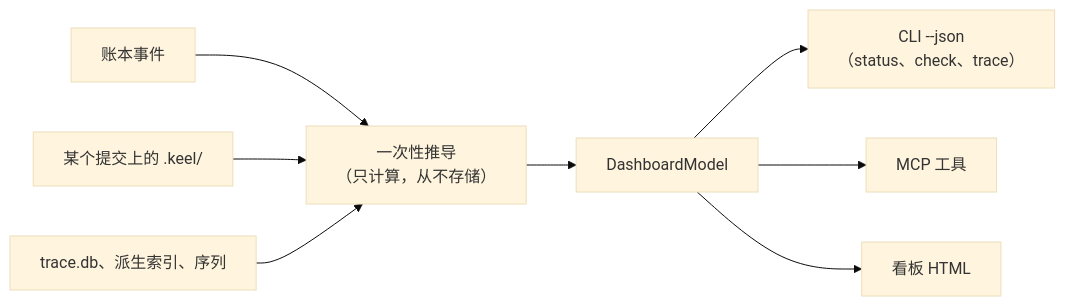
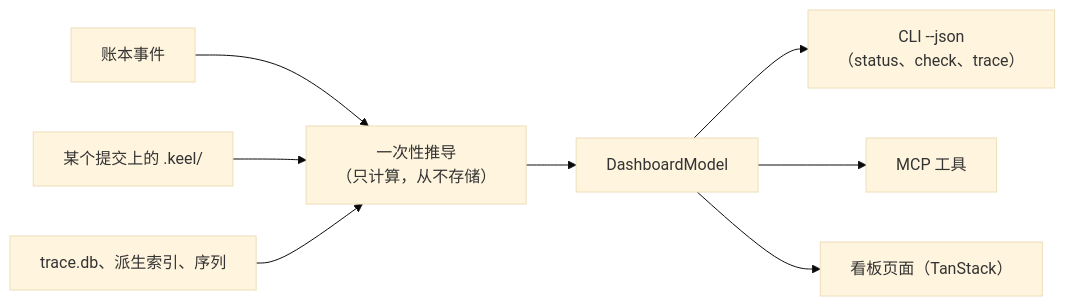
The diagram in docs/08-dashboard.zh-CN.md (Qither/keel), drawn with Mermaid (base theme) before and after one commit. The commit also changed other lines of this file and 130 other files, not shown here.

````diff
--- a/docs/08-dashboard.zh-CN.md
+++ b/docs/08-dashboard.zh-CN.md
@@ -56,10 +68,10 @@
 ```mermaid
 flowchart LR
   ledger["账本事件"] --> derive["一次性推导<br/>（只计算，从不存储）"]
   declared["某个提交上的 .keel/"] --> derive
   caches["trace.db、派生索引、序列"] --> derive
   derive --> model["DashboardModel"]
   model --> cli["CLI --json<br/>（status、check、trace）"]
   model --> mcp["MCP 工具"]
-  model --> html["看板 HTML"]
+  model --> html["看板页面（TanStack）"]
 ```
````
